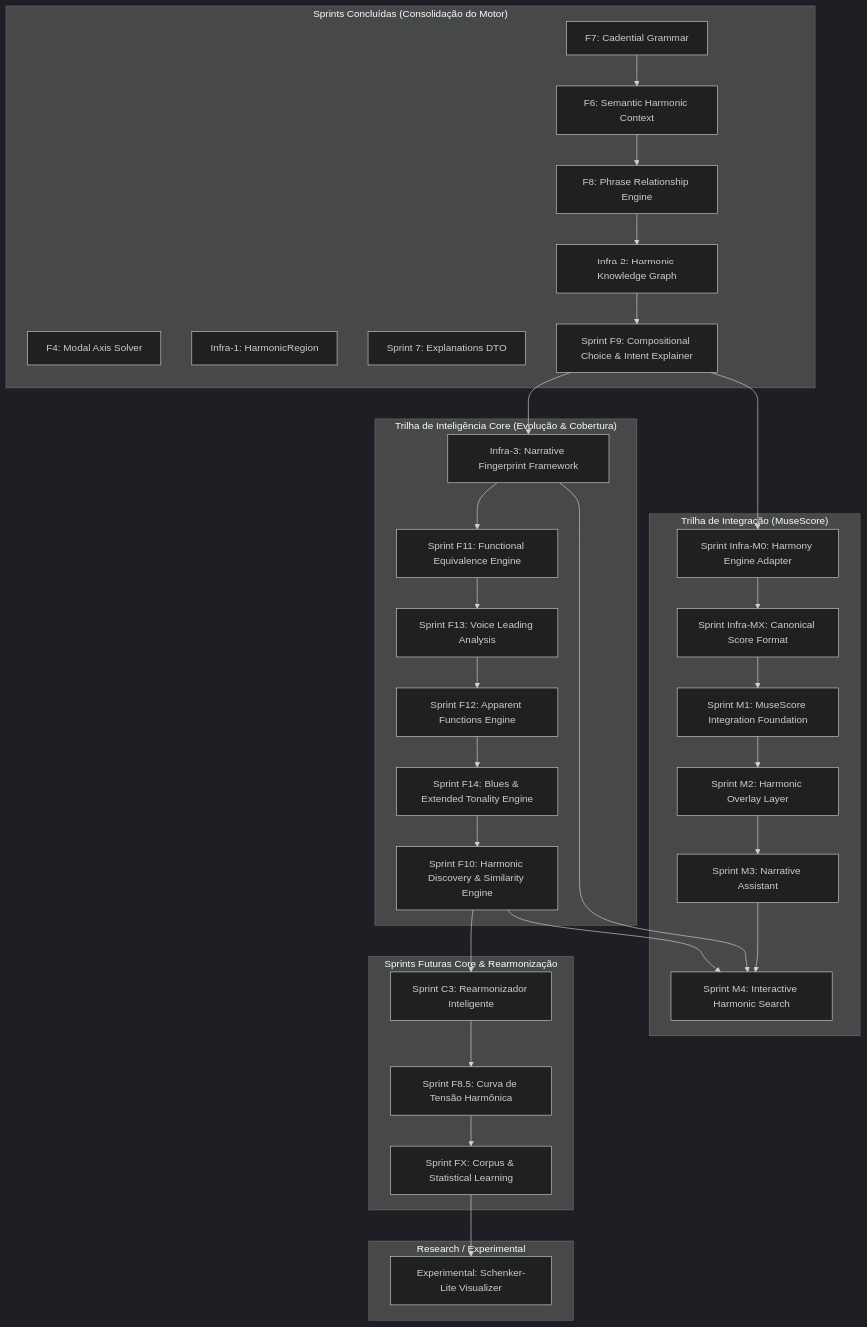
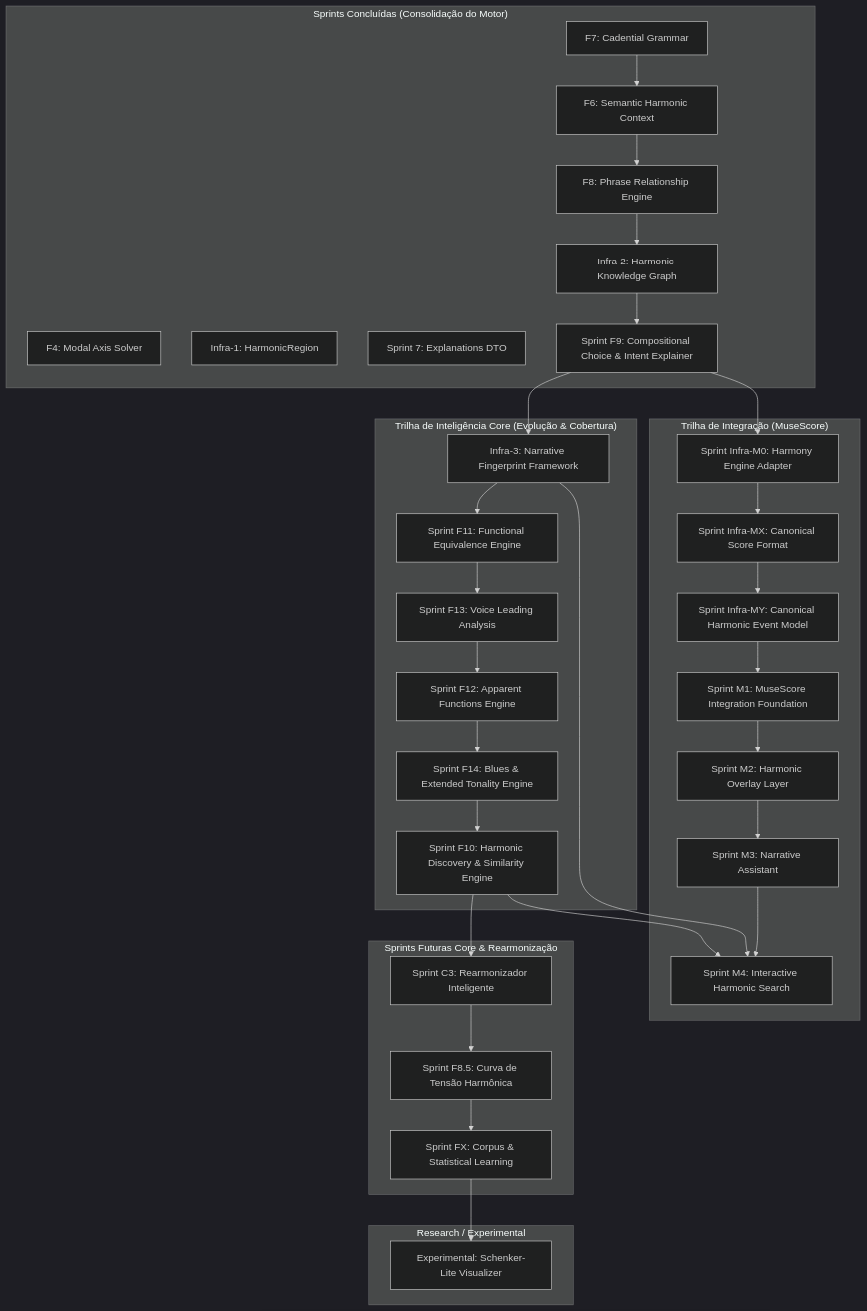
Before and after one commit to gustavoesteves/FindChord: the diagram in sprints/future_sprints.md, drawn with Mermaid (dark theme). The commit also changed other lines of this file, not shown here.

Commit message:
Introduce Sprint Infra-MY: Canonical Harmonic Event Model for audio and timed event inputs

````diff
--- a/sprints/future_sprints.md
+++ b/sprints/future_sprints.md
@@ -36,67 +36,70 @@
 ```mermaid
 graph TD
     subgraph "Sprints Concluídas (Consolidação do Motor)"
         C4["F4: Modal Axis Solver"]
         CI1["Infra-1: HarmonicRegion"]
         CS7["Sprint 7: Explanations DTO"]
         CF7["F7: Cadential Grammar"]
         F6["F6: Semantic Harmonic Context"]
         F8["F8: Phrase Relationship Engine"]
         I2["Infra-2: Harmonic Knowledge Graph"]
         F9["Sprint F9: Compositional Choice & Intent Explainer"]
     end
 
     subgraph "Trilha de Inteligência Core (Evolução & Cobertura)"
         I3["Infra-3: Narrative Fingerprint Framework"]
         F11["Sprint F11: Functional Equivalence Engine"]
         F13["Sprint F13: Voice Leading Analysis"]
         F12["Sprint F12: Apparent Functions Engine"]
         F14["Sprint F14: Blues & Extended Tonality Engine"]
         F10["Sprint F10: Harmonic Discovery & Similarity Engine"]
     end
 
     subgraph "Trilha de Integração (MuseScore)"
         IM0["Sprint Infra-M0: Harmony Engine Adapter"]
         IMX["Sprint Infra-MX: Canonical Score Format"]
+        IMY["Sprint Infra-MY: Canonical Harmonic Event Model"]
         M1["Sprint M1: MuseScore Integration Foundation"]
         M2["Sprint M2: Harmonic Overlay Layer"]
         M3["Sprint M3: Narrative Assistant"]
         M4["Sprint M4: Interactive Harmonic Search"]
     end
+
     
     subgraph "Sprints Futuras Core & Rearmonização"
         C3["Sprint C3: Rearmonizador Inteligente"]
         F8T["Sprint F8.5: Curva de Tensão Harmônica"]
         FX["Sprint FX: Corpus & Statistical Learning"]
     end
 
     subgraph "Research / Experimental"
         C1["Experimental: Schenker-Lite Visualizer"]
     end
 
     CF7 --> F6
     F6 --> F8
     F8 --> I2
     I2 --> F9
     F9 --> I3
     
     I3 --> F11
     F11 --> F13
     F13 --> F12
     F12 --> F14
     F14 --> F10
     F10 --> C3
     
     C3 --> F8T
     F8T --> FX
     FX --> C1
     
     F9 --> IM0
     IM0 --> IMX
-    IMX --> M1
+    IMX --> IMY
+    IMY --> M1
     M1 --> M2
     M2 --> M3
     M3 --> M4
     I3 --> M4
     F10 --> M4
 ```
````
